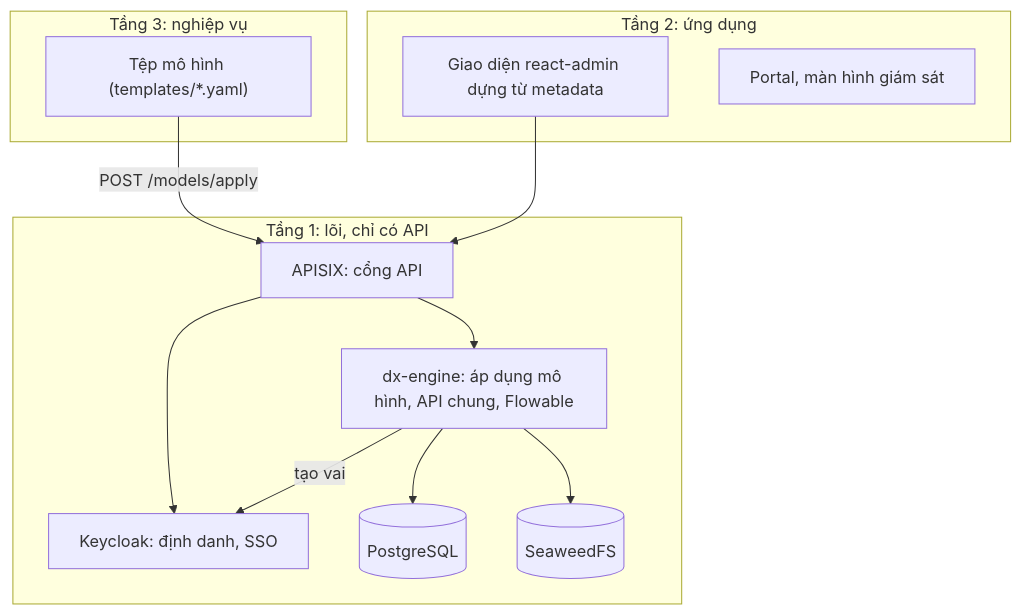
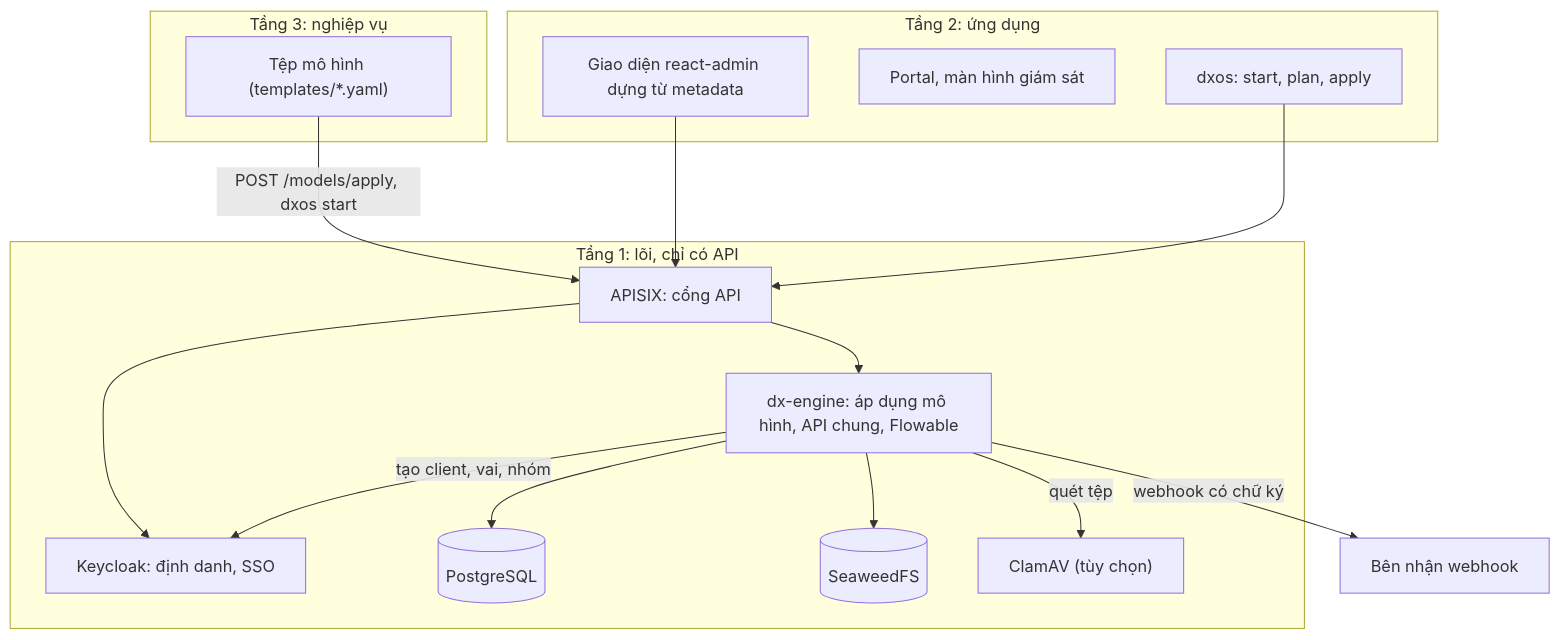
Before and after one commit to HaUI-ImplSolution/DX-OS: the first of 2 diagrams in ARCHITECTURE.md, drawn with Mermaid. The commit also changed other lines of this file and 26 other files, not shown here.

````diff
--- a/ARCHITECTURE.md
+++ b/ARCHITECTURE.md
@@ -8,24 +8,30 @@
 ```mermaid
 flowchart TB
   subgraph T3["Tầng 3: nghiệp vụ"]
     M["Tệp mô hình (templates/*.yaml)"]
   end
   subgraph T2["Tầng 2: ứng dụng"]
     UI["Giao diện react-admin dựng từ metadata"]
     P["Portal, màn hình giám sát"]
+    CLI["dxos: start, plan, apply"]
   end
   subgraph T1["Tầng 1: lõi, chỉ có API"]
     GW["APISIX: cổng API"]
     KC["Keycloak: định danh, SSO"]
     EN["dx-engine: áp dụng mô hình, API chung, Flowable"]
     PG[("PostgreSQL")]
     S3[("SeaweedFS")]
+    AV["ClamAV (tùy chọn)"]
   end
-  M -->|"POST /models/apply"| GW
+  EXT["Bên nhận webhook"]
+  M -->|"POST /models/apply, dxos start"| GW
   UI --> GW
+  CLI --> GW
   GW --> EN
   GW --> KC
   EN --> PG
   EN --> S3
-  EN -->|"tạo vai"| KC
+  EN -->|"tạo client, vai, nhóm"| KC
+  EN -->|"quét tệp"| AV
+  EN -->|"webhook có chữ ký"| EXT
 ```
````
